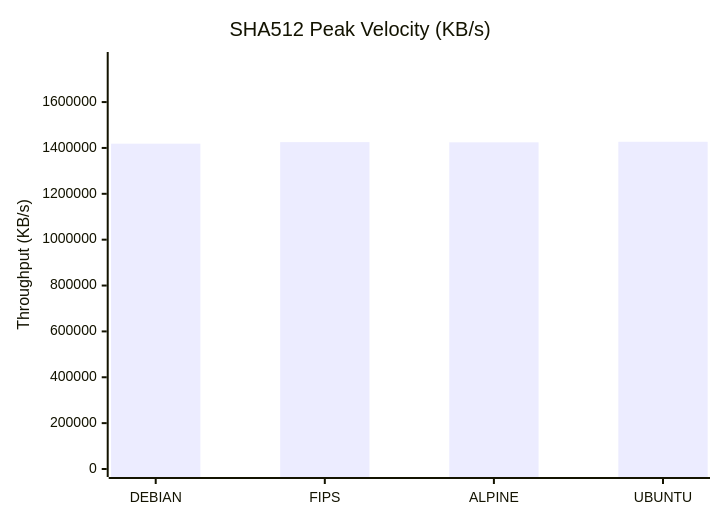
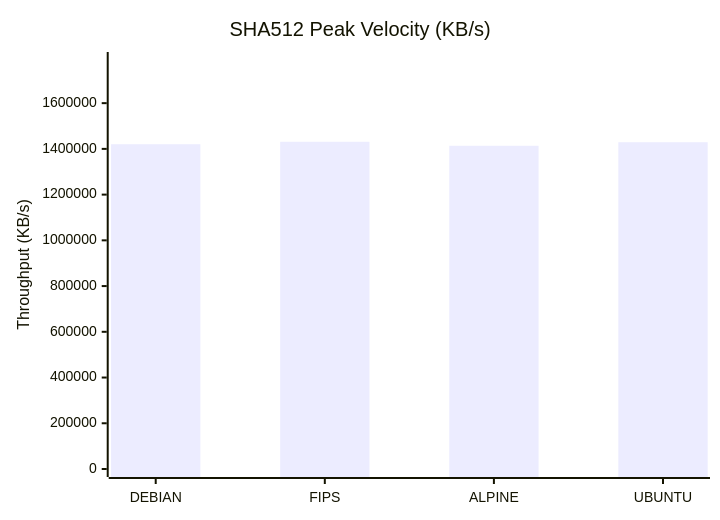
The fourth of 9 diagrams in docs/Comparison_Report.md (taha2samy/openssl_fips), drawn with Mermaid before and after one commit. The commit also changed other lines of this file and 3 other files, not shown here.

````diff
--- a/docs/Comparison_Report.md
+++ b/docs/Comparison_Report.md
@@ -83,7 +83,7 @@
 ```mermaid
 xychart-beta
     title "SHA512 Peak Velocity (KB/s)"
     x-axis [DEBIAN, FIPS, ALPINE, UBUNTU]
-    y-axis "Throughput (KB/s)" 0 --> 1783480
-    bar [1418518.53, 1425375.23, 1424499.99, 1426784.26]
+    y-axis "Throughput (KB/s)" 0 --> 1788712
+    bar [1420271.62, 1430970.37, 1413636.1, 1429118.98]
 ```
````
